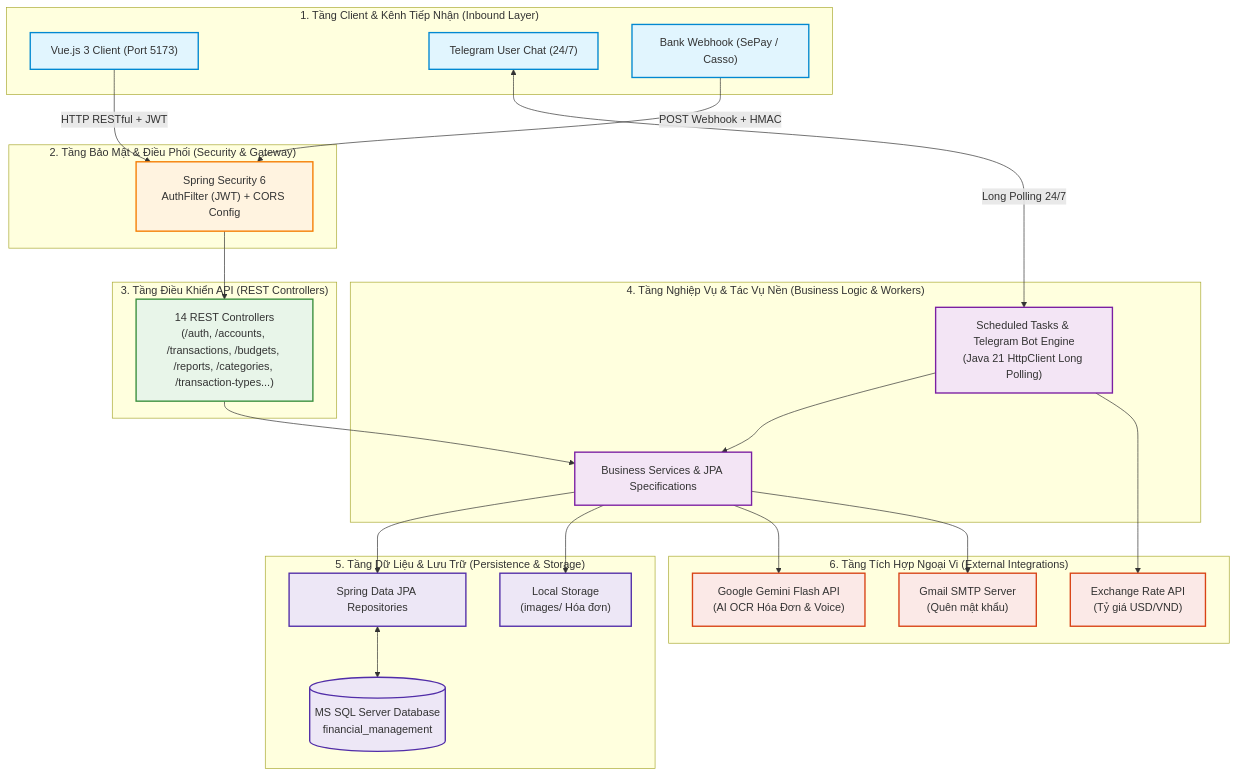
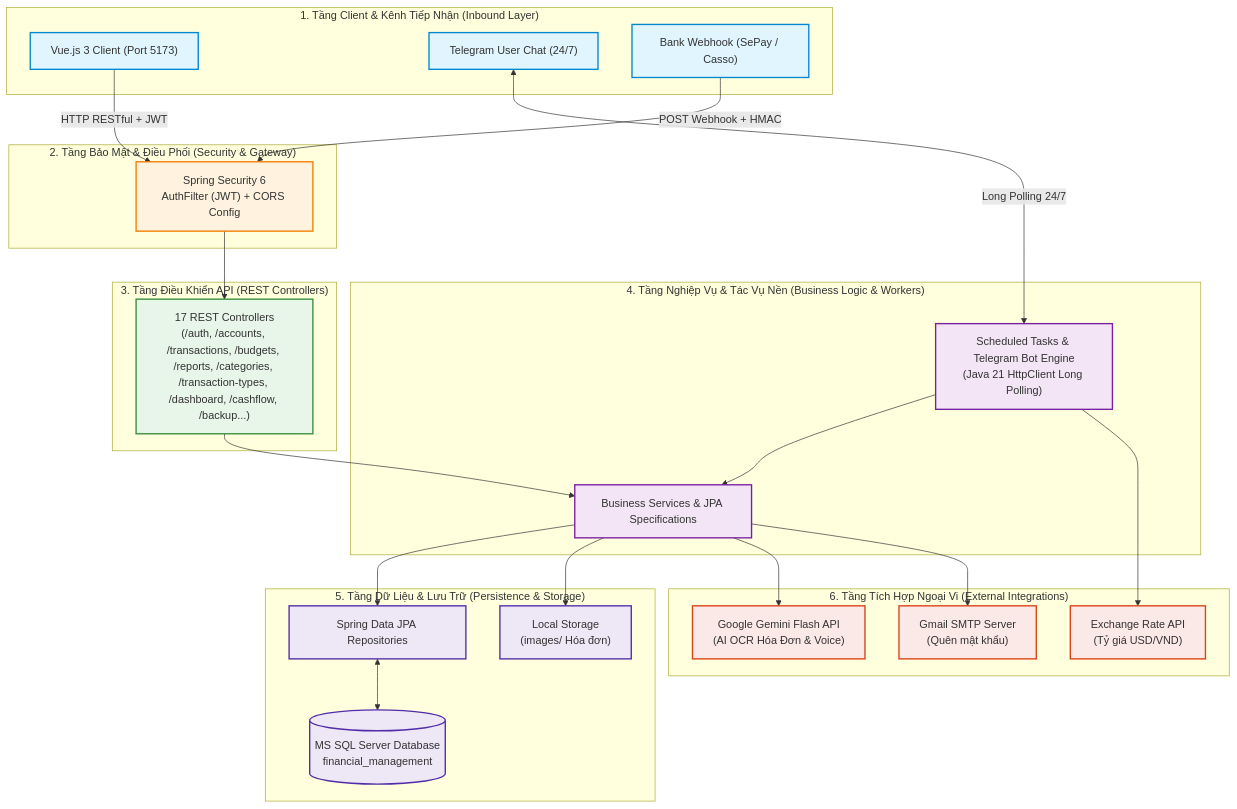
Before and after one commit to silly-man12/financial_management: the first of 2 diagrams in project_road_map.md, drawn with Mermaid. The commit also changed other lines of this file and 11 other files, not shown here.

````diff
--- a/project_road_map.md
+++ b/project_road_map.md
@@ -17,56 +17,56 @@
 ```mermaid
 flowchart TD
     classDef client fill:#e1f5fe,stroke:#0288d1,stroke-width:2px;
     classDef security fill:#fff3e0,stroke:#f57c00,stroke-width:2px;
     classDef controller fill:#e8f5e9,stroke:#388e3c,stroke-width:2px;
     classDef service fill:#f3e5f5,stroke:#7b1fa2,stroke-width:2px;
     classDef data fill:#ede7f6,stroke:#512da8,stroke-width:2px;
     classDef external fill:#fbe9e7,stroke:#d84315,stroke-width:2px;
 
     subgraph L1["1. Tầng Client & Kênh Tiếp Nhận (Inbound Layer)"]
         VueClient["Vue.js 3 Client (Port 5173)"]:::client
         TeleApp["Telegram User Chat (24/7)"]:::client
         BankGate["Bank Webhook (SePay / Casso)"]:::client
     end
 
     subgraph L2["2. Tầng Bảo Mật & Điều Phối (Security & Gateway)"]
         SecFilter["Spring Security 6<br/>AuthFilter (JWT) + CORS Config"]:::security
     end
 
     subgraph L3["3. Tầng Điều Khiển API (REST Controllers)"]
-        ApiControllers["14 REST Controllers<br/>(/auth, /accounts, /transactions, /budgets, /reports, /categories, /transaction-types...)"]:::controller
+        ApiControllers["17 REST Controllers<br/>(/auth, /accounts, /transactions, /budgets, /reports, /categories, /transaction-types, /dashboard, /cashflow, /backup...)"]:::controller
     end
 
     subgraph L4["4. Tầng Nghiệp Vụ & Tác Vụ Nền (Business Logic & Workers)"]
         Services["Business Services & JPA Specifications"]:::service
         Schedulers["Scheduled Tasks & Telegram Bot Engine<br/>(Java 21 HttpClient Long Polling)"]:::service
     end
 
     subgraph L5["5. Tầng Dữ Liệu & Lưu Trữ (Persistence & Storage)"]
         Repositories["Spring Data JPA Repositories"]:::data
         Database[("MS SQL Server Database<br/>financial_management")]:::data
         FileStorage["Local Storage<br/>(images/ Hóa đơn)"]:::data
     end
 
     subgraph L6["6. Tầng Tích Hợp Ngoại Vi (External Integrations)"]
         GeminiAI["Google Gemini Flash API<br/>(AI OCR Hóa Đơn & Voice)"]:::external
         GmailSMTP["Gmail SMTP Server<br/>(Quên mật khẩu)"]:::external
         ExchangeRate["Exchange Rate API<br/>(Tỷ giá USD/VND)"]:::external
     end
 
     VueClient -->|HTTP RESTful + JWT| SecFilter
     BankGate -->|POST Webhook + HMAC| SecFilter
     SecFilter --> ApiControllers
     TeleApp <-->|Long Polling 24/7| Schedulers
 
     ApiControllers --> Services
     Schedulers --> Services
 
     Services --> Repositories
     Services --> FileStorage
     Services --> GeminiAI
     Services --> GmailSMTP
     Schedulers --> ExchangeRate
 
     Repositories <--> Database
 ```
````
